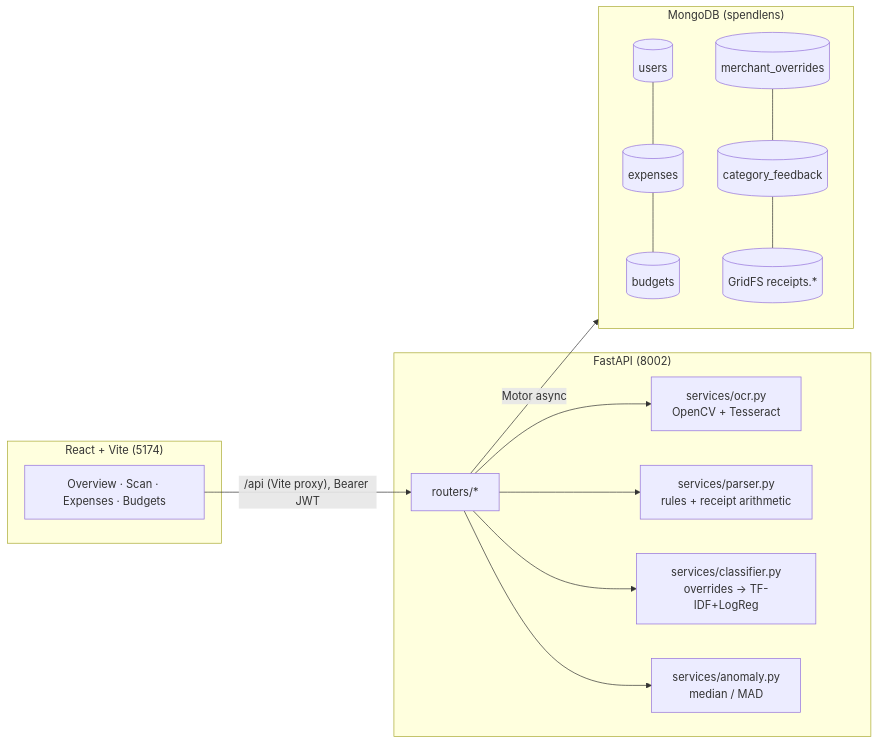
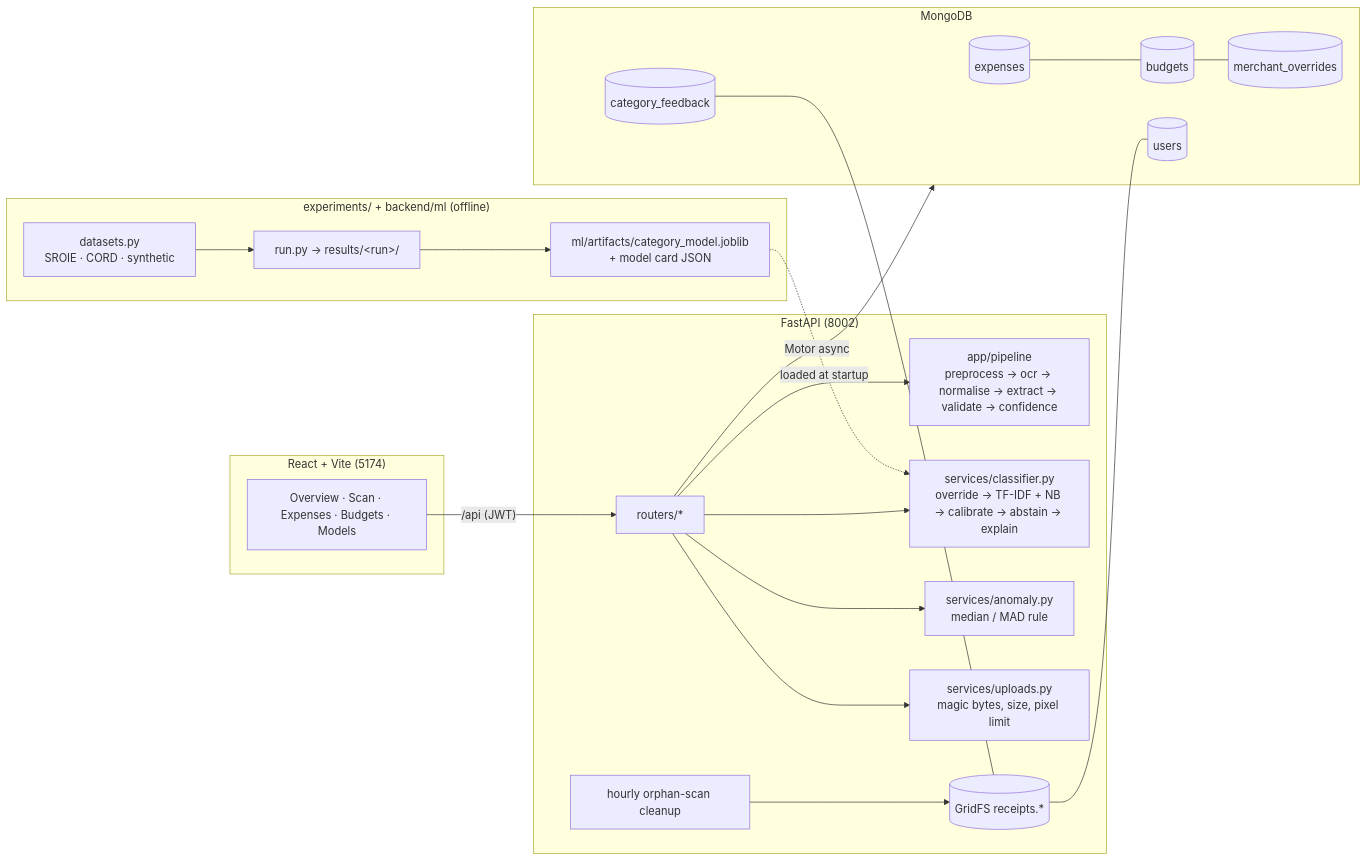
One commit to anirudhleetcode-max/spendlens changed the diagram in README.md. Above: the diagram before and after it, drawn with Mermaid. The commit also changed other lines of this file and 2 other files, not shown here.

First line of the commit message:
Rewrite README around the pipeline, real results and error analysis

````diff
--- a/README.md
+++ b/README.md
@@ -42,18 +47,24 @@
 ```mermaid
 flowchart LR
   subgraph Browser["React + Vite (5174)"]
-    UI[Overview · Scan · Expenses · Budgets]
+    UI[Overview · Scan · Expenses · Budgets · Models]
   end
   subgraph API["FastAPI (8002)"]
-    R[routers/*] --> S1[services/ocr.py<br/>OpenCV + Tesseract]
-    R --> S2[services/parser.py<br/>rules + receipt arithmetic]
-    R --> S3[services/classifier.py<br/>overrides → TF-IDF+LogReg]
-    R --> S4[services/anomaly.py<br/>median / MAD]
+    R[routers/*] --> P[app/pipeline<br/>preprocess → ocr → normalise → extract → validate → confidence]
+    R --> C[services/classifier.py<br/>override → TF-IDF + NB → calibrate → abstain → explain]
+    R --> A[services/anomaly.py<br/>median / MAD rule]
+    R --> U[services/uploads.py<br/>magic bytes, size, pixel limit]
+    CL[hourly orphan-scan cleanup] --> G
   end
-  subgraph Mongo["MongoDB (spendlens)"]
-    U[(users)] --- E[(expenses)] --- B[(budgets)]
-    O[(merchant_overrides)] --- F[(category_feedback)] --- G[(GridFS receipts.*)]
+  subgraph Mongo["MongoDB"]
+    E[(expenses)] --- B[(budgets)] --- O[(merchant_overrides)]
+    F[(category_feedback)] --- G[(GridFS receipts.*)] --- US[(users)]
   end
-  UI -- "/api (Vite proxy), Bearer JWT" --> R
+  subgraph Offline["experiments/ + backend/ml (offline)"]
+    D[datasets.py<br/>SROIE · CORD · synthetic] --> EV[run.py → results/&lt;run&gt;/]
+    EV --> MA[ml/artifacts/category_model.joblib<br/>+ model card JSON]
+  end
+  UI -- "/api (JWT)" --> R
   R -- Motor async --> Mongo
+  MA -. loaded at startup .-> C
 ```
````
